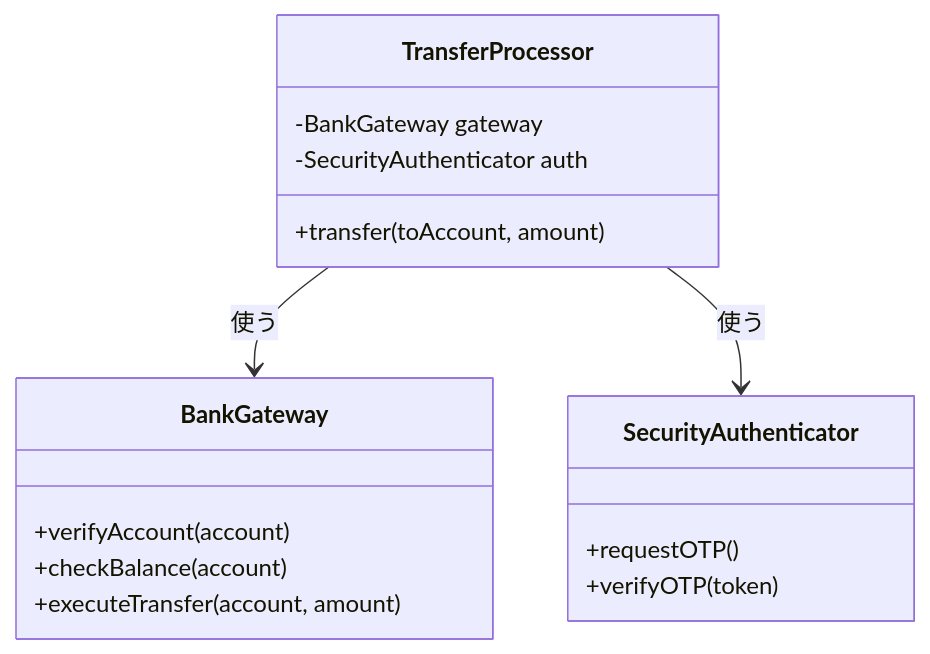
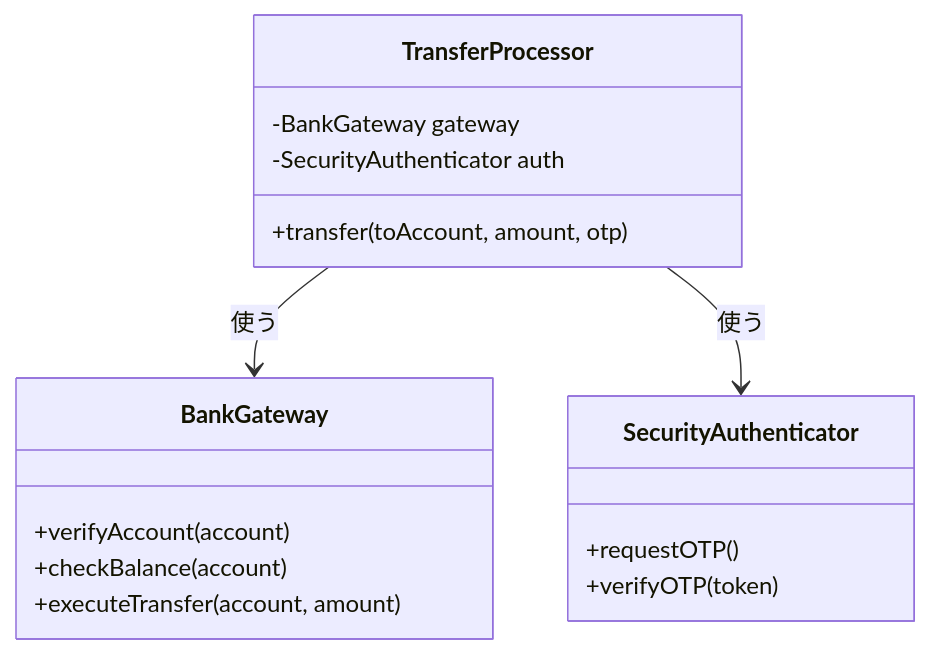
The first of 5 diagrams in kindle/design-patterns/output/chapter02.md (kumachan1101-pixel/DesignPattern), drawn with Mermaid before and after one commit. The commit also changed other lines of this file and 10 other files, not shown here.

````diff
--- a/kindle/design-patterns/output/chapter02.md
+++ b/kindle/design-patterns/output/chapter02.md
@@ -119,21 +158,20 @@
 ```mermaid
 classDiagram
     class TransferProcessor {
         -BankGateway gateway
         -SecurityAuthenticator auth
-        +transfer(toAccount, amount)
+        +transfer(toAccount, amount, otp)
     }
     class BankGateway {
         +verifyAccount(account)
         +checkBalance(account)
         +executeTransfer(account, amount)
     }
     class SecurityAuthenticator {
         +requestOTP()
         +verifyOTP(token)
     }
-    
+
     TransferProcessor --> BankGateway : 使う
     TransferProcessor --> SecurityAuthenticator : 使う
-
 ```
````
